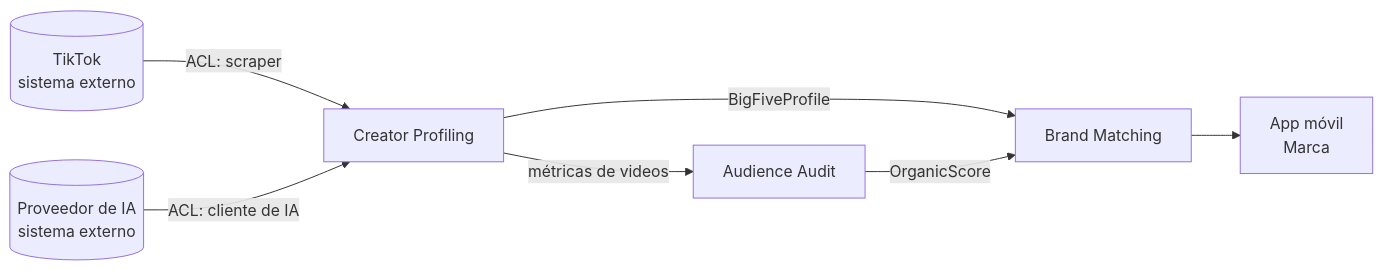
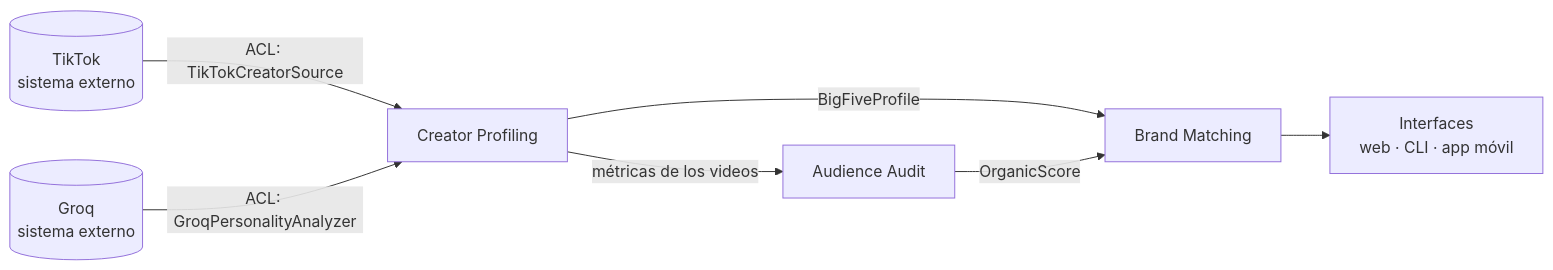
Before and after one commit to DanielValenc/match-creadores_grupo5: the first of 4 diagrams in README.md, drawn with Mermaid. The commit also changed other lines of this file and 6 other files, not shown here.

````diff
--- a/README.md
+++ b/README.md
@@ -170,9 +188,9 @@
 ```mermaid
 flowchart LR
-    TK[("TikTok<br/>sistema externo")] -->|"ACL: scraper"| CP["Creator Profiling"]
-    GQ[("Proveedor de IA<br/>sistema externo")] -->|"ACL: cliente de IA"| CP
-    CP -->|"métricas de videos"| AA["Audience Audit"]
+    TK[("TikTok<br/>sistema externo")] -->|"ACL: TikTokCreatorSource"| CP["Creator Profiling"]
+    GQ[("Groq<br/>sistema externo")] -->|"ACL: GroqPersonalityAnalyzer"| CP
+    CP -->|"métricas de los videos"| AA["Audience Audit"]
     CP -->|"BigFiveProfile"| BM["Brand Matching"]
     AA -->|"OrganicScore"| BM
-    BM --> APP["App móvil<br/>Marca"]
+    BM --> UI["Interfaces<br/>web · CLI · app móvil"]
 ```
````
